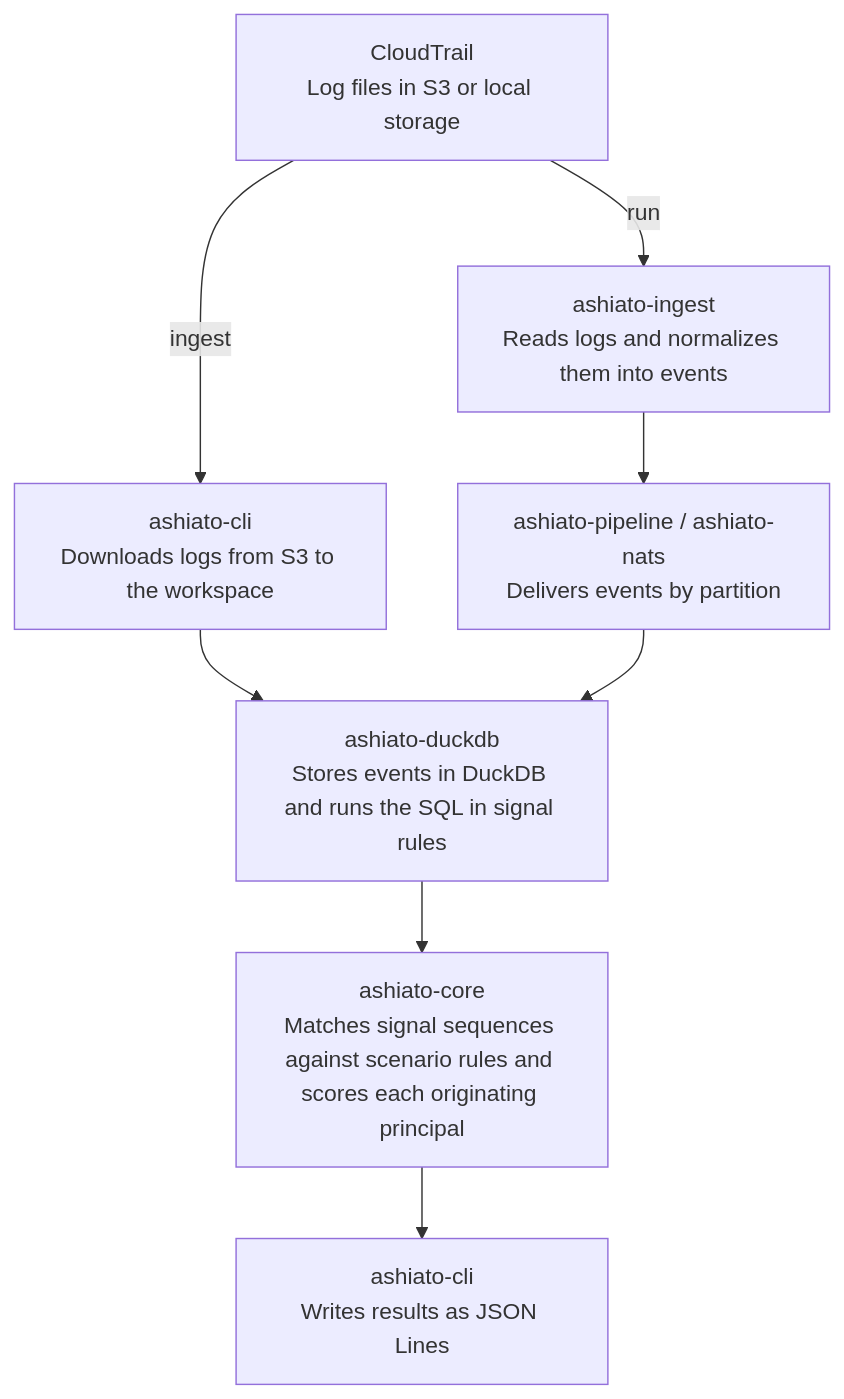
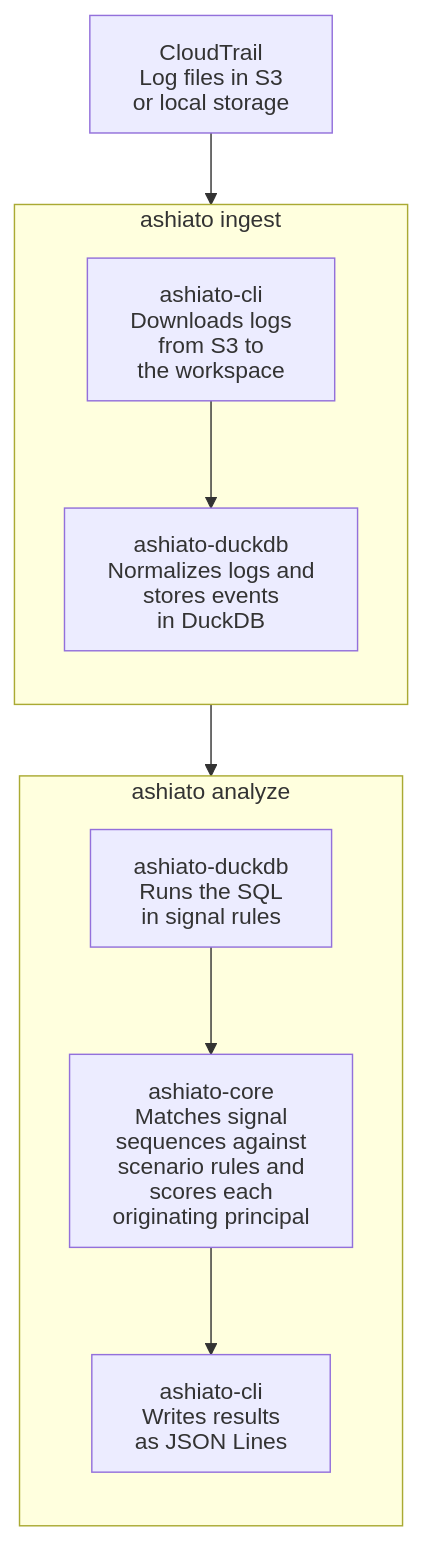
Before and after one commit to donkomura/ashiato: the diagram in README.md, drawn with Mermaid. The commit also changed other lines of this file, not shown here.

Commit message:
docs: README の処理の流れの図を ingest と analyze の経路だけにし、ラベルを SVG テキストで描画して見切れを防ぎ、大規模なデータを扱う ashiato run の説明は別の資料に分ける

````diff
--- a/README.md
+++ b/README.md
@@ -57,14 +57,22 @@
 ```mermaid
+%%{init: {"htmlLabels": false, "flowchart": {"htmlLabels": false}}}%%
 flowchart TD
-    cloudtrail["CloudTrail<br/>Log files in S3 or local storage"]
-    cli_ingest["ashiato-cli<br/>Downloads logs from S3 to the workspace"]
-    ingest["ashiato-ingest<br/>Reads logs and normalizes them into events"]
-    transport["ashiato-pipeline / ashiato-nats<br/>Delivers events by partition"]
-    duckdb["ashiato-duckdb<br/>Stores events in DuckDB and runs the SQL in signal rules"]
-    core["ashiato-core<br/>Matches signal sequences against scenario rules and scores each originating principal"]
-    output["ashiato-cli<br/>Writes results as JSON Lines"]
+    cloudtrail["CloudTrail<br/>Log files in S3<br/>or local storage"]
 
-    cloudtrail -->|ingest| cli_ingest --> duckdb
-    cloudtrail -->|run| ingest --> transport --> duckdb
-    duckdb --> core --> output
+    subgraph ingest["ashiato ingest"]
+        direction TB
+        download["ashiato-cli<br/>Downloads logs<br/>from S3 to<br/>the workspace"]
+        store["ashiato-duckdb<br/>Normalizes logs and<br/>stores events<br/>in DuckDB"]
+        download --> store
+    end
+
+    subgraph analyze["ashiato analyze"]
+        direction TB
+        signals["ashiato-duckdb<br/>Runs the SQL<br/>in signal rules"]
+        core["ashiato-core<br/>Matches signal<br/>sequences against<br/>scenario rules and<br/>scores each<br/>originating principal"]
+        output["ashiato-cli<br/>Writes results<br/>as JSON Lines"]
+        signals --> core --> output
+    end
+
+    cloudtrail --> ingest --> analyze
 ```
````
